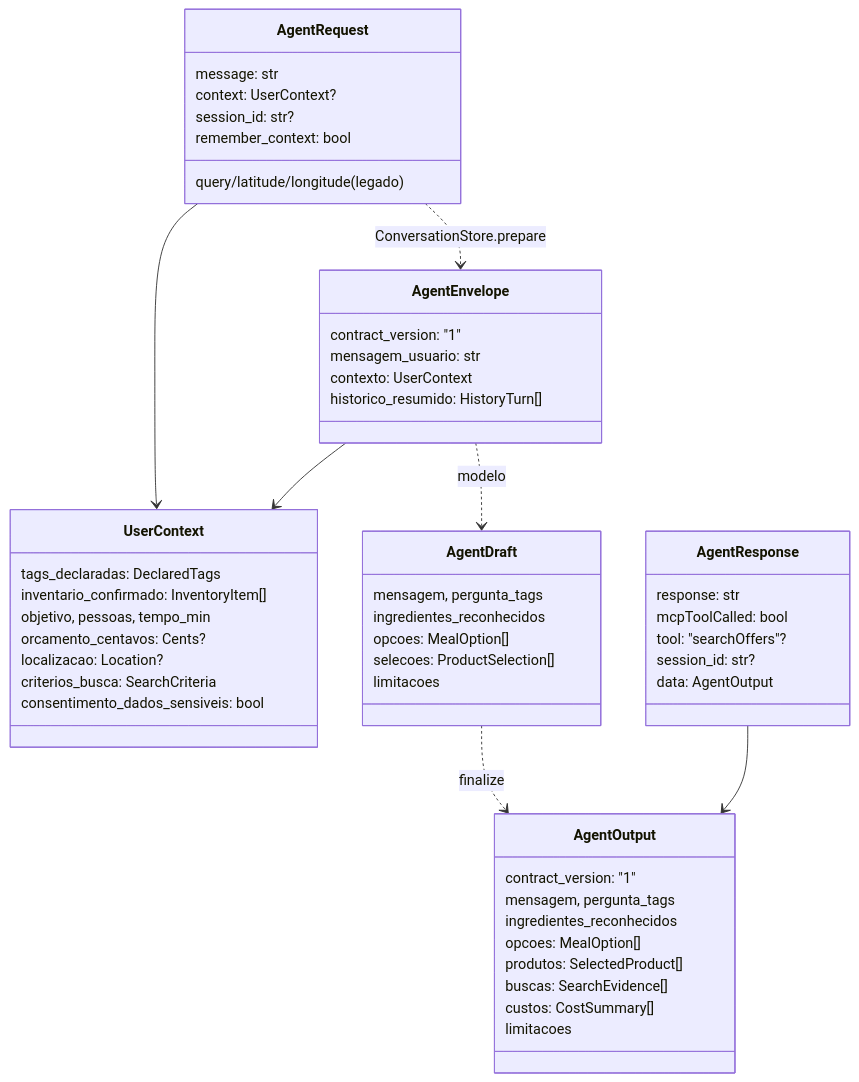
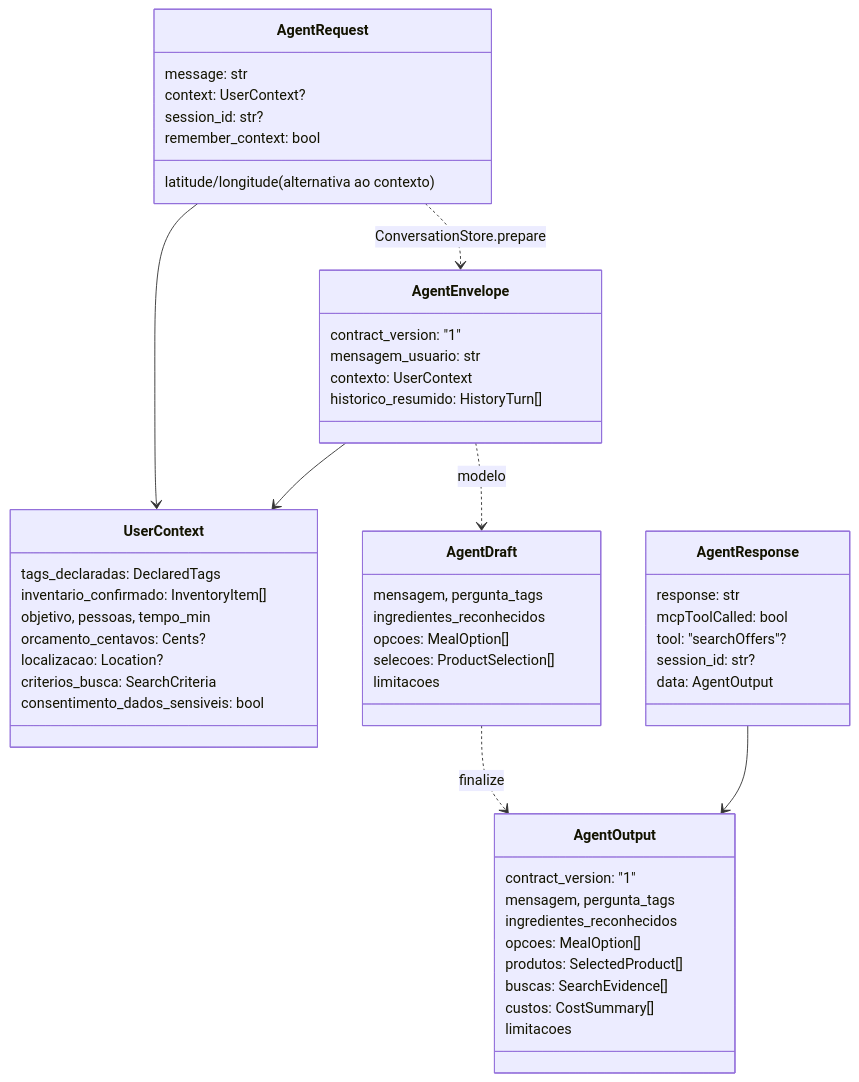
One commit to YagorVitor/Hackathon-Ifood changed the diagram in docs/wiki/02-arquitetura/contratos-de-dados.md. Above: the diagram before and after it, drawn with Mermaid. The commit also changed other lines of this file and 14 other files, not shown here.

````diff
--- a/docs/wiki/02-arquitetura/contratos-de-dados.md
+++ b/docs/wiki/02-arquitetura/contratos-de-dados.md
@@ -22,55 +22,55 @@
 ```mermaid
 classDiagram
     class AgentRequest {
       message: str
       context: UserContext?
       session_id: str?
       remember_context: bool
-      query/latitude/longitude (legado)
+      latitude/longitude (alternativa ao contexto)
     }
     class UserContext {
       tags_declaradas: DeclaredTags
       inventario_confirmado: InventoryItem[]
       objetivo, pessoas, tempo_min
       orcamento_centavos: Cents?
       localizacao: Location?
       criterios_busca: SearchCriteria
       consentimento_dados_sensiveis: bool
     }
     class AgentEnvelope {
       contract_version: "1"
       mensagem_usuario: str
       contexto: UserContext
       historico_resumido: HistoryTurn[]
     }
     class AgentDraft {
       mensagem, pergunta_tags
       ingredientes_reconhecidos
       opcoes: MealOption[]
       selecoes: ProductSelection[]
       limitacoes
     }
     class AgentOutput {
       contract_version: "1"
       mensagem, pergunta_tags
       ingredientes_reconhecidos
       opcoes: MealOption[]
       produtos: SelectedProduct[]
       buscas: SearchEvidence[]
       custos: CostSummary[]
       limitacoes
     }
     class AgentResponse {
       response: str
       mcpToolCalled: bool
       tool: "searchOffers"?
       session_id: str?
       data: AgentOutput
     }
     AgentRequest --> UserContext
     AgentRequest ..> AgentEnvelope : ConversationStore.prepare
     AgentEnvelope --> UserContext
     AgentEnvelope ..> AgentDraft : modelo
     AgentDraft ..> AgentOutput : finalize
     AgentResponse --> AgentOutput
 ```
````
